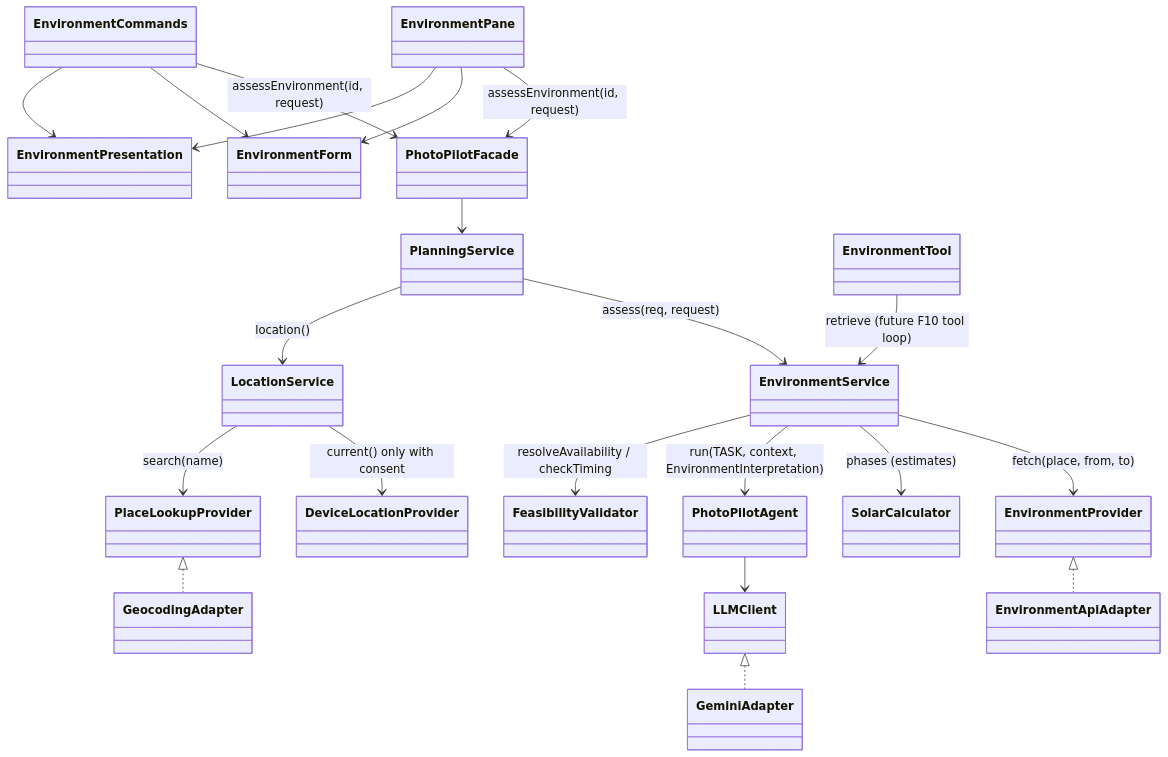
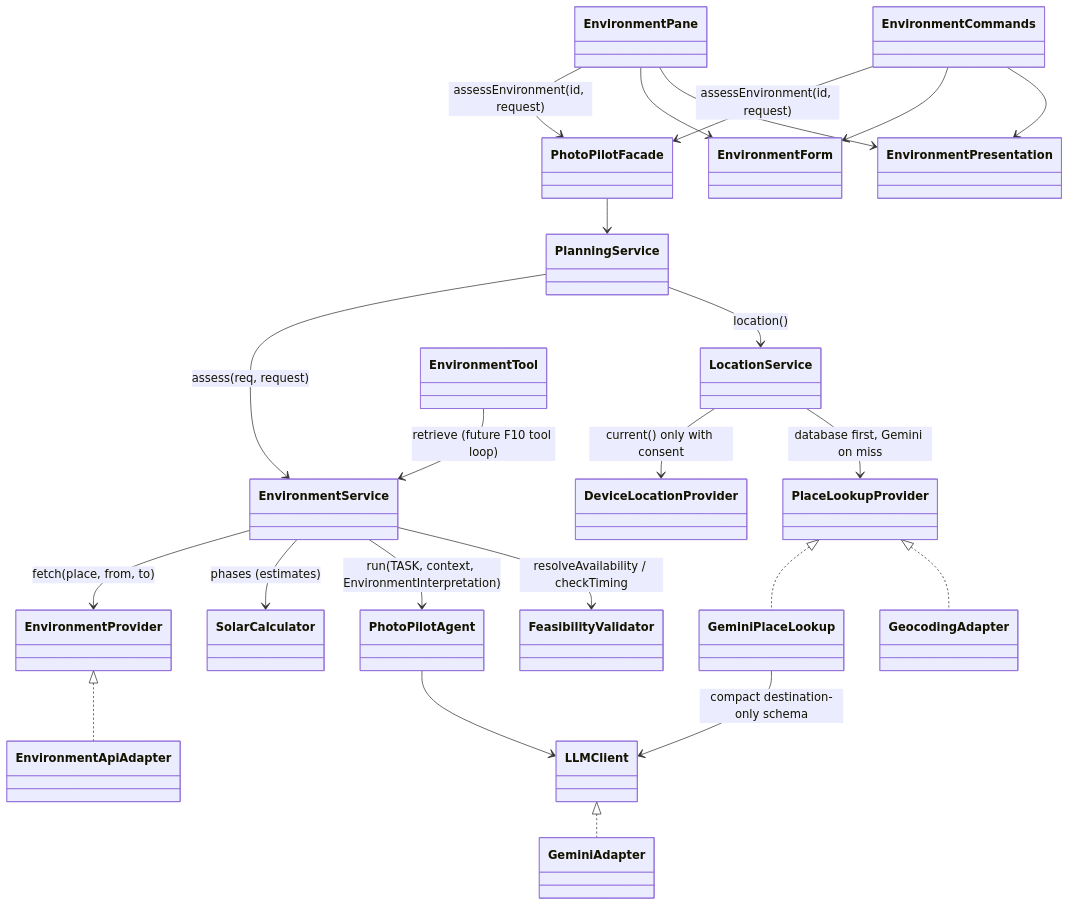
Before and after one commit to zboToronto/PhotoPilot: the first of 2 diagrams in Stage2/docs/f09-environment.md, drawn with Mermaid. The commit also changed other lines of this file and 36 other files, not shown here.

````diff
--- a/Stage2/docs/f09-environment.md
+++ b/Stage2/docs/f09-environment.md
@@ -14,23 +15,25 @@
 ```mermaid
 classDiagram
     EnvironmentPane --> PhotoPilotFacade : assessEnvironment(id, request)
     EnvironmentCommands --> PhotoPilotFacade : assessEnvironment(id, request)
     EnvironmentPane --> EnvironmentForm
     EnvironmentCommands --> EnvironmentForm
     EnvironmentPane --> EnvironmentPresentation
     EnvironmentCommands --> EnvironmentPresentation
     PhotoPilotFacade --> PlanningService
     PlanningService --> EnvironmentService : assess(req, request)
     PlanningService --> LocationService : location()
     EnvironmentService --> EnvironmentProvider : fetch(place, from, to)
     EnvironmentProvider <|.. EnvironmentApiAdapter
     LocationService --> DeviceLocationProvider : current() only with consent
-    LocationService --> PlaceLookupProvider : search(name)
+    LocationService --> PlaceLookupProvider : database first, Gemini on miss
+    PlaceLookupProvider <|.. GeminiPlaceLookup
+    GeminiPlaceLookup --> LLMClient : compact destination-only schema
     PlaceLookupProvider <|.. GeocodingAdapter
     EnvironmentService --> SolarCalculator : phases (estimates)
     EnvironmentService --> PhotoPilotAgent : run(TASK, context, EnvironmentInterpretation)
     PhotoPilotAgent --> LLMClient
     LLMClient <|.. GeminiAdapter
     EnvironmentService --> FeasibilityValidator : resolveAvailability / checkTiming
     EnvironmentTool --> EnvironmentService : retrieve (future F10 tool loop)
 ```
````
